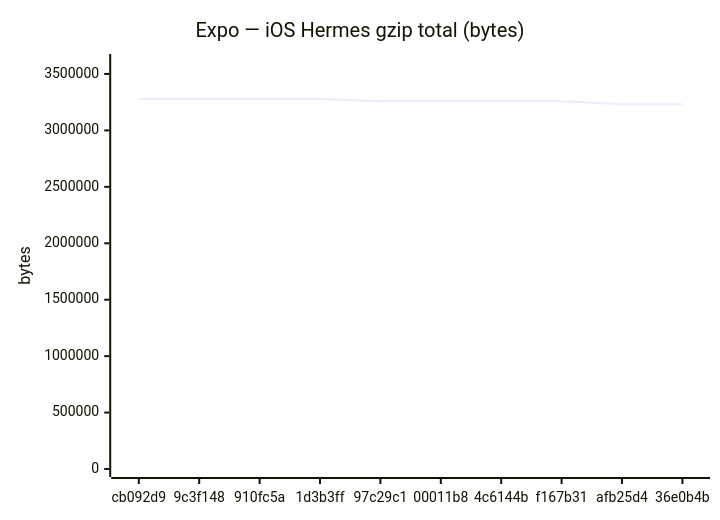
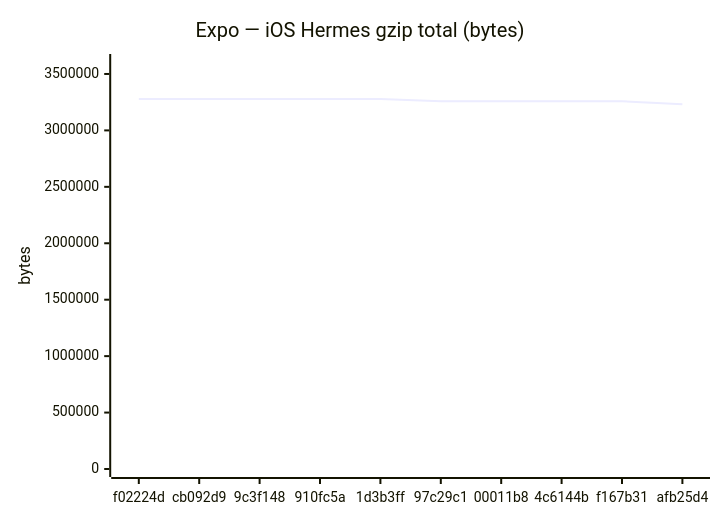
Before and after one commit to Metaheurist/Rianell: the sixth of 18 diagrams in benchmarks/compare.md, drawn with Mermaid. The commit also changed other lines of this file and 11 other files, not shown here.

````diff
--- a/benchmarks/compare.md
+++ b/benchmarks/compare.md
@@ -96,7 +96,7 @@
 ```mermaid
 xychart-beta
     title "Expo — iOS Hermes gzip total (bytes)"
-    x-axis ["cb092d9", "9c3f148", "910fc5a", "1d3b3ff", "97c29c1", "00011b8", "4c6144b", "f167b31", "afb25d4", "36e0b4b"]
-    y-axis "bytes" 0 --> 3606019
-    line [3278198, 3278199, 3277688, 3278198, 3258272, 3258276, 3258273, 3258270, 3230867, 3230712]
+    x-axis ["f02224d", "cb092d9", "9c3f148", "910fc5a", "1d3b3ff", "97c29c1", "00011b8", "4c6144b", "f167b31", "afb25d4"]
+    y-axis "bytes" 0 --> 3606021
+    line [3278200, 3278198, 3278199, 3277688, 3278198, 3258272, 3258276, 3258273, 3258270, 3230867]
 ```
````
